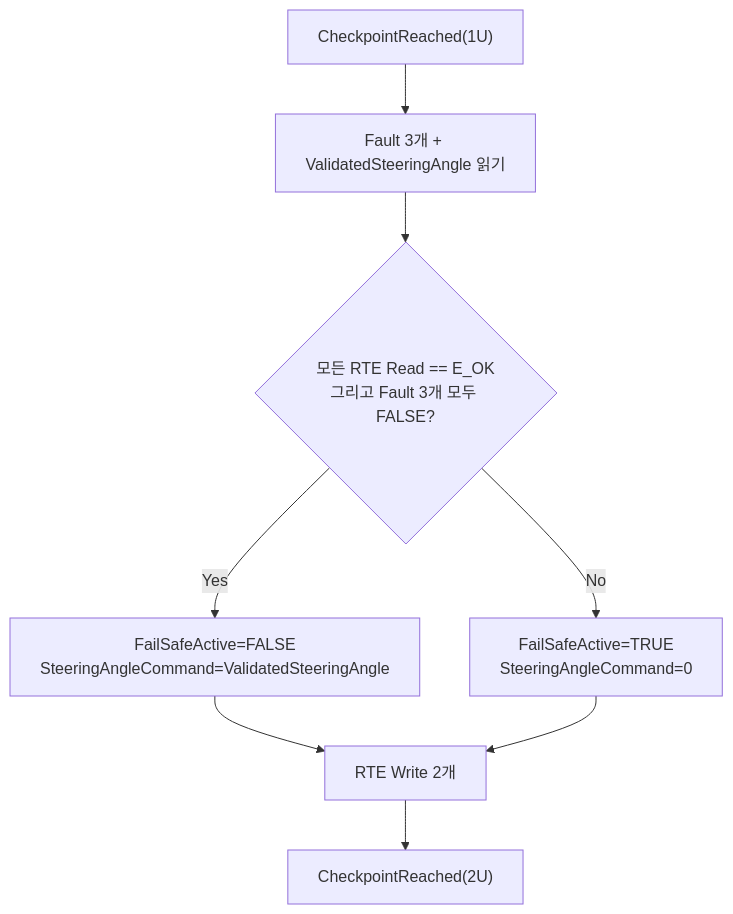
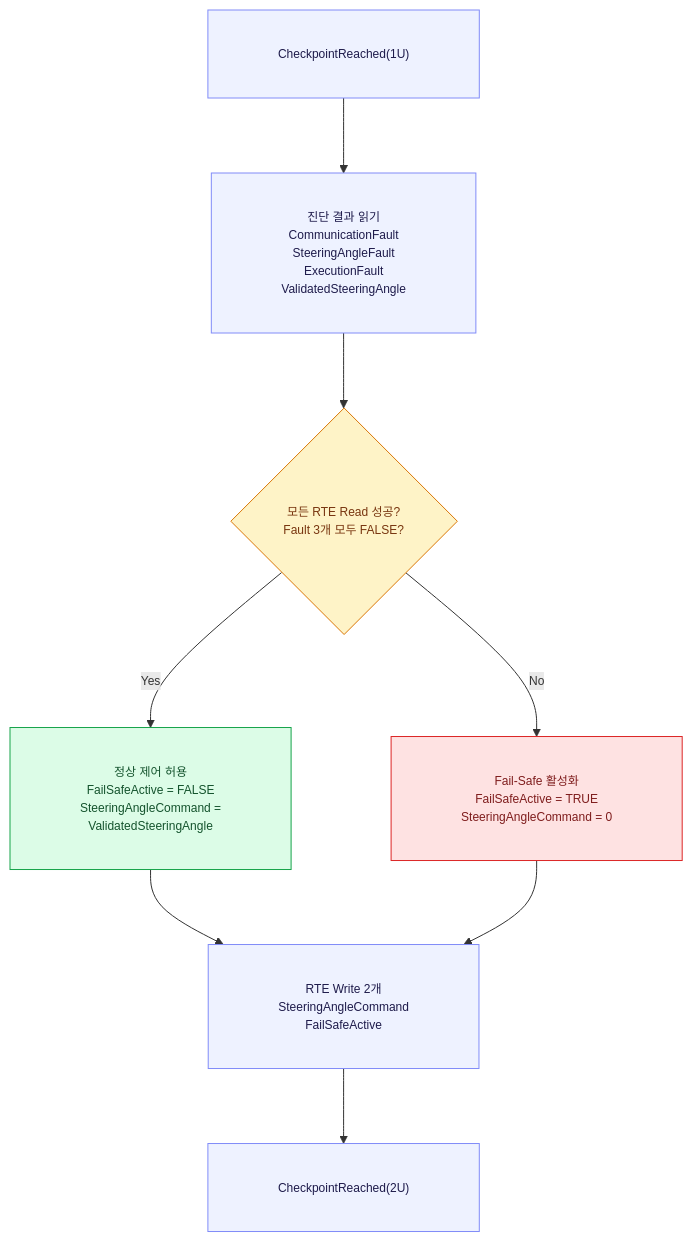
Before and after one commit to kwangil1245-code/iso26262-sbw-failsafe: the third of 3 diagrams in iso26262-sbw-failsafe/workproducts/05_SW_Detailed_Design_Unit_Construction.md, drawn with Mermaid. The commit also changed other lines of this file, not shown here.

````diff
--- a/iso26262-sbw-failsafe/workproducts/05_SW_Detailed_Design_Unit_Construction.md
+++ b/iso26262-sbw-failsafe/workproducts/05_SW_Detailed_Design_Unit_Construction.md
@@ -245,10 +274,25 @@
 ```mermaid
+%%{init: {"flowchart": {"htmlLabels": true, "nodeSpacing": 100, "rankSpacing": 75, "padding": 35}, "themeVariables": {"fontSize": "12px"}}}%%
 flowchart TD
-  A["CheckpointReached(1U)"] --> B["Fault 3개 + ValidatedSteeringAngle 읽기"]
-  B --> C{"모든 RTE Read == E_OK<br/>그리고 Fault 3개 모두 FALSE?"}
-  C -->|Yes| D["FailSafeActive=FALSE<br/>SteeringAngleCommand=ValidatedSteeringAngle"]
-  C -->|No| E["FailSafeActive=TRUE<br/>SteeringAngleCommand=0"]
-  D --> F["RTE Write 2개"]
-  E --> F
-  F --> G["CheckpointReached(2U)"]
+    A["CheckpointReached(1U)"]
+    B["진단 결과 읽기<br/>CommunicationFault<br/>SteeringAngleFault<br/>ExecutionFault<br/>ValidatedSteeringAngle"]
+    C{"모든 RTE Read 성공?<br/>Fault 3개 모두 FALSE?"}
+    D["정상 제어 허용<br/>FailSafeActive = FALSE<br/>SteeringAngleCommand =<br/>ValidatedSteeringAngle"]
+    E["Fail-Safe 활성화<br/>FailSafeActive = TRUE<br/>SteeringAngleCommand = 0"]
+    F["RTE Write 2개<br/>SteeringAngleCommand<br/>FailSafeActive"]
+    G["CheckpointReached(2U)"]
+    A --> B --> C
+    C -->|"Yes"| D
+    C -->|"No"| E
+    D --> F
+    E --> F
+    F --> G
+    classDef process fill:#EEF2FF,stroke:#818CF8,color:#1E1B4B
+    classDef decision fill:#FEF3C7,stroke:#D97706,color:#78350F
+    classDef failsafe fill:#FEE2E2,stroke:#DC2626,color:#7F1D1D
+    classDef normal fill:#DCFCE7,stroke:#16A34A,color:#14532D
+    class A,B,F,G process
+    class C decision
+    class D normal
+    class E failsafe
 ```
````
